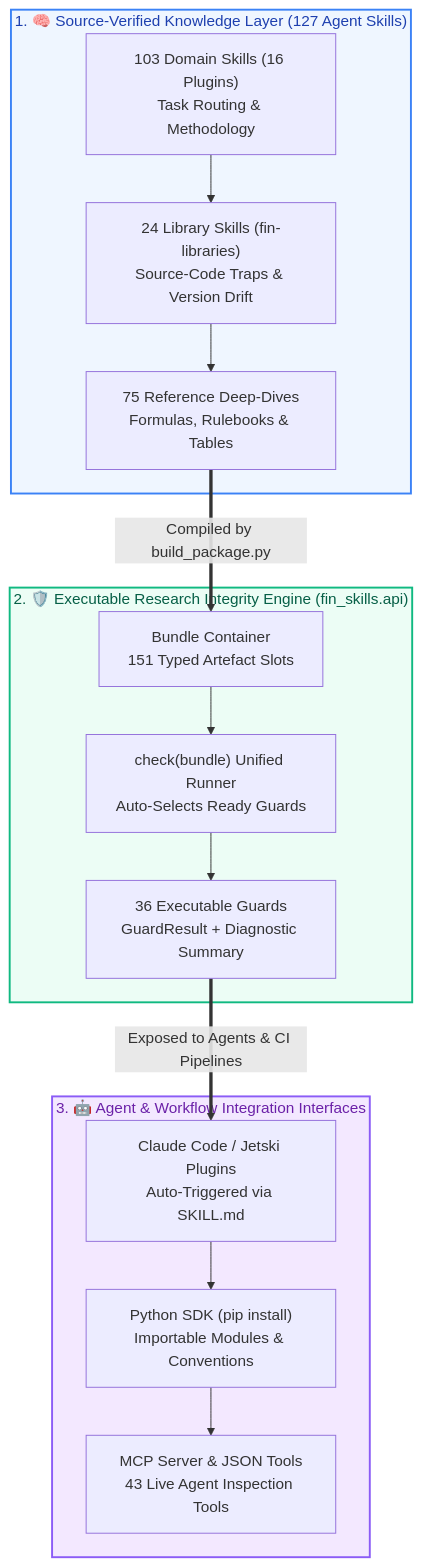
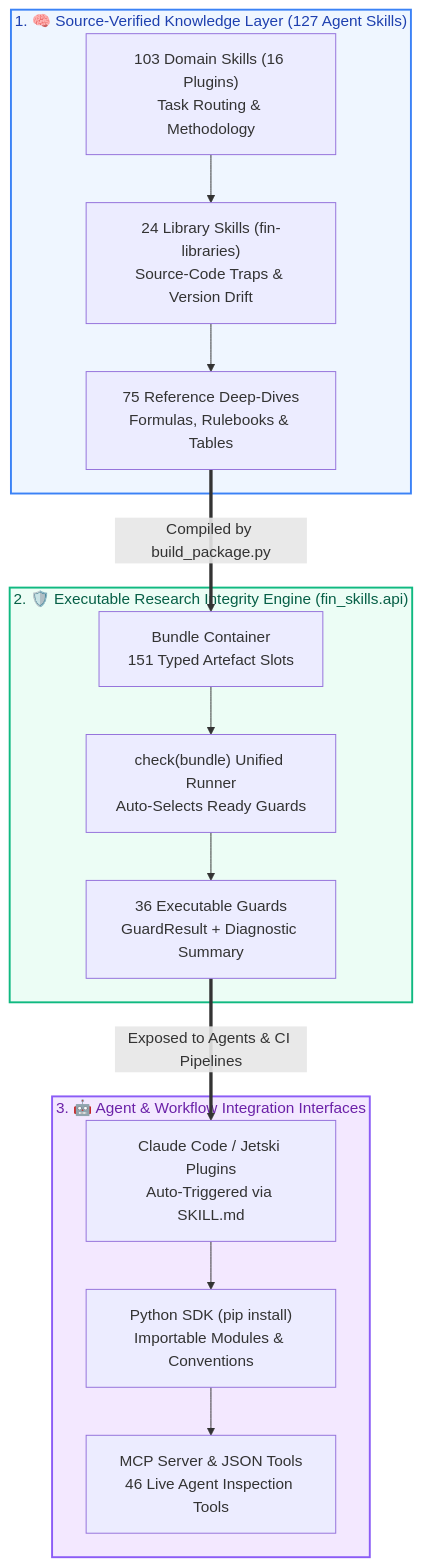
One commit to howard-lynn-ye/fin-skills changed the diagram in README.md. Above: the diagram before and after it, drawn with Mermaid. The commit also changed other lines of this file and 11 other files, not shown here.

````diff
--- a/README.md
+++ b/README.md
@@ -40,21 +40,21 @@
 ```mermaid
 flowchart TD
     subgraph TIER1 ["1. 🧠 Source-Verified Knowledge Layer (127 Agent Skills)"]
         D1["103 Domain Skills (16 Plugins)<br/>Task Routing & Methodology"] --> D2["24 Library Skills (fin-libraries)<br/>Source-Code Traps & Version Drift"] --> D3["75 Reference Deep-Dives<br/>Formulas, Rulebooks & Tables"]
     end
 
     subgraph TIER2 ["2. 🛡️ Executable Research Integrity Engine (fin_skills.api)"]
         E1["Bundle Container<br/>151 Typed Artefact Slots"] --> E2["check(bundle) Unified Runner<br/>Auto-Selects Ready Guards"] --> E3["36 Executable Guards<br/>GuardResult + Diagnostic Summary"]
     end
 
     subgraph TIER3 ["3. 🤖 Agent & Workflow Integration Interfaces"]
-        I1["Claude Code / Jetski Plugins<br/>Auto-Triggered via SKILL.md"] --> I2["Python SDK (pip install)<br/>Importable Modules & Conventions"] --> I3["MCP Server & JSON Tools<br/>43 Live Agent Inspection Tools"]
+        I1["Claude Code / Jetski Plugins<br/>Auto-Triggered via SKILL.md"] --> I2["Python SDK (pip install)<br/>Importable Modules & Conventions"] --> I3["MCP Server & JSON Tools<br/>46 Live Agent Inspection Tools"]
     end
 
     D3 ==>|Compiled by build_package.py| E1
     E3 ==>|Exposed to Agents & CI Pipelines| I1
 
     style TIER1 fill:#eff6ff,stroke:#3b82f6,stroke-width:2px,color:#1e40af
     style TIER2 fill:#ecfdf5,stroke:#10b981,stroke-width:2px,color:#065f46
     style TIER3 fill:#f3e8ff,stroke:#8b5cf6,stroke-width:2px,color:#6b21a8
 ```
````
